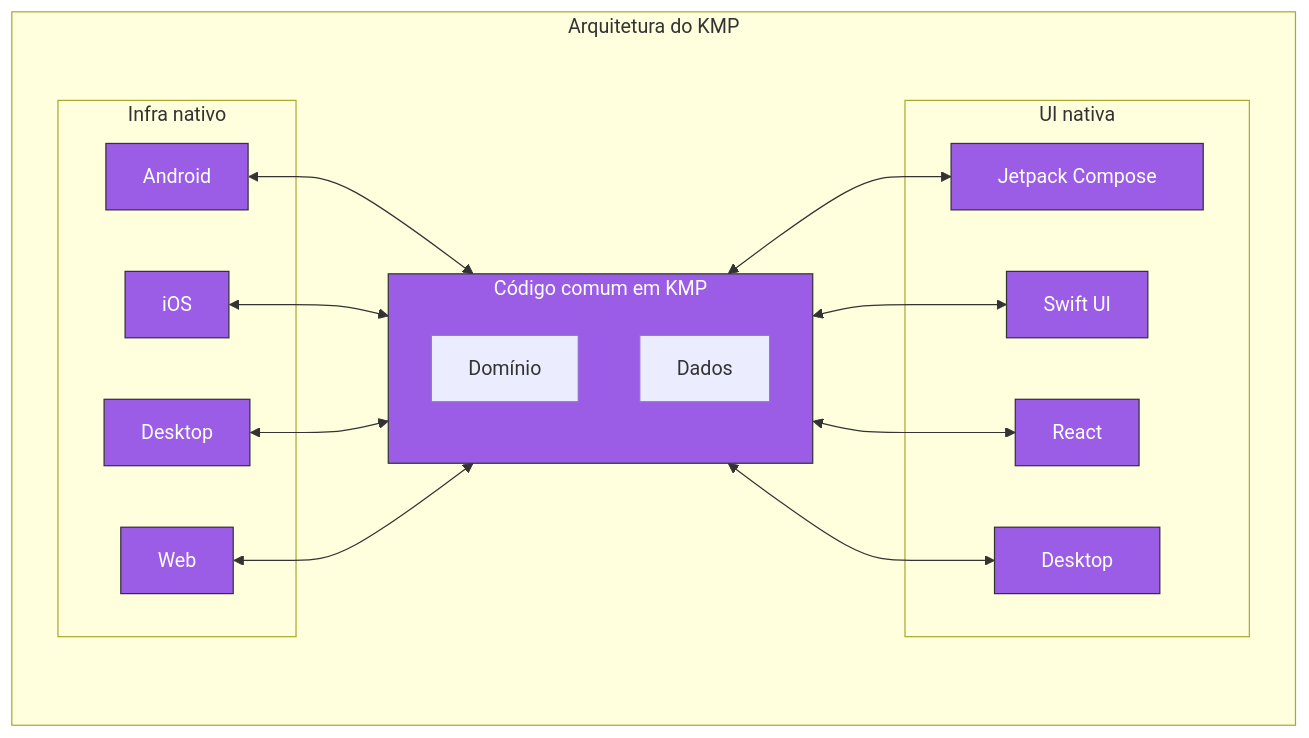
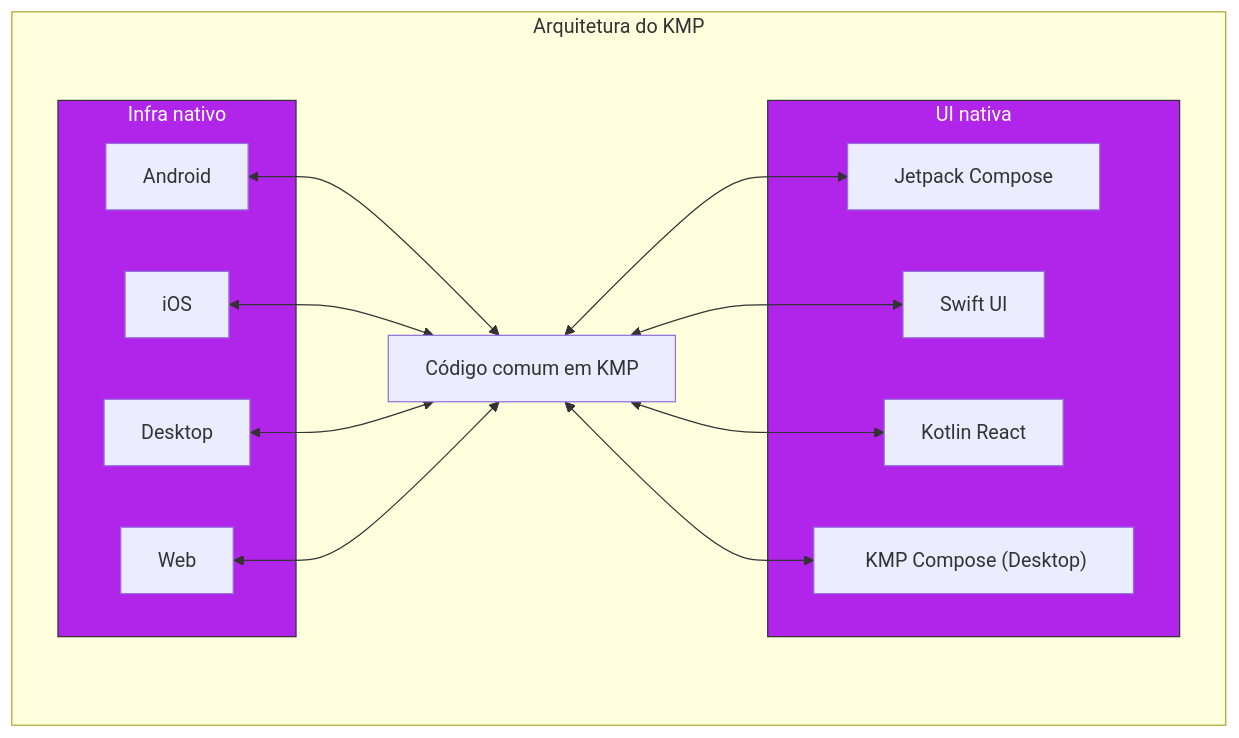
One commit to rsicarelli/KMP-101 changed diagram 12 of 13 in posts/KMP101-parte1.md. Above: the diagram before and after it, drawn with Mermaid. The commit also changed other lines of this file, not shown here.

Commit message:
added KMP arquitecture diagram

````diff
--- a/posts/KMP101-parte1.md
+++ b/posts/KMP101-parte1.md
@@ -432,36 +441,32 @@
 ```mermaid
 
 graph TD
     subgraph KMP["Arquitetura do KMP"]
         subgraph UI["UI nativa"]
             Android_UI["&nbsp&nbspJetpack Compose&nbsp&nbsp"]
             iOS_UI["Swift UI"]
-            Web_UI["React"]
-            Desktop_UI["&nbsp&nbspDesktop&nbsp&nbsp"]
+            Web_UI["Kotlin React"]
+            Desktop_UI["&nbsp&nbsp KMP Compose (Desktop)&nbsp&nbsp"]
         end
 
-        subgraph KotlinMP["Código comum em KMP"]
-            KMPDomain[Domínio]
-            KMPData[Dados]
-        end
+        KotlinMP["Código comum em KMP"]
 
         subgraph Infra["Infra nativo"]
             Android_Infra["Android"]
             iOS_Infra["iOS"]
             Desktop_Infra["Desktop"]
             Web_Infra["Web"]
         end
     end
 
     KotlinMP <--> Android_UI
     KotlinMP <--> iOS_UI
     KotlinMP <--> Web_UI
     KotlinMP <--> Desktop_UI
     Android_Infra <--> KotlinMP
     iOS_Infra <--> KotlinMP
     Desktop_Infra <--> KotlinMP
     Web_Infra <--> KotlinMP
-    classDef area fill: #9b5de5, color: #fff, stroke: #333, stroke-width: 1px
-    class Android_UI,iOS_UI,Web_UI,Desktop_UI,KotlinMP area;
-    class Android_Infra,iOS_Infra,Desktop_Infra,Web_Infra area;
+    classDef area fill: #B125EA, color: #fff, stroke: #333, stroke-width: 1px
+    class UI,Infra area;
 ```
````
